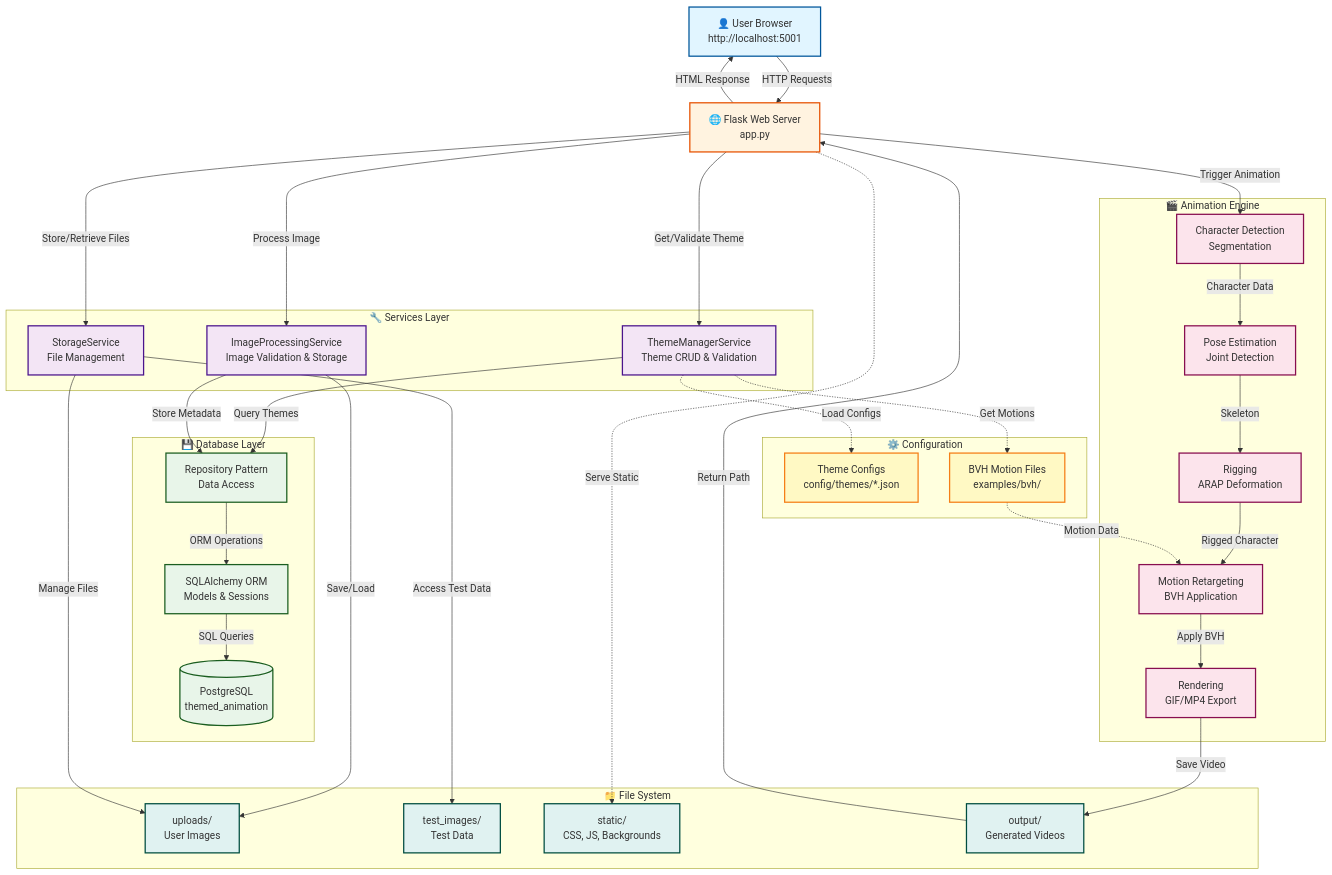
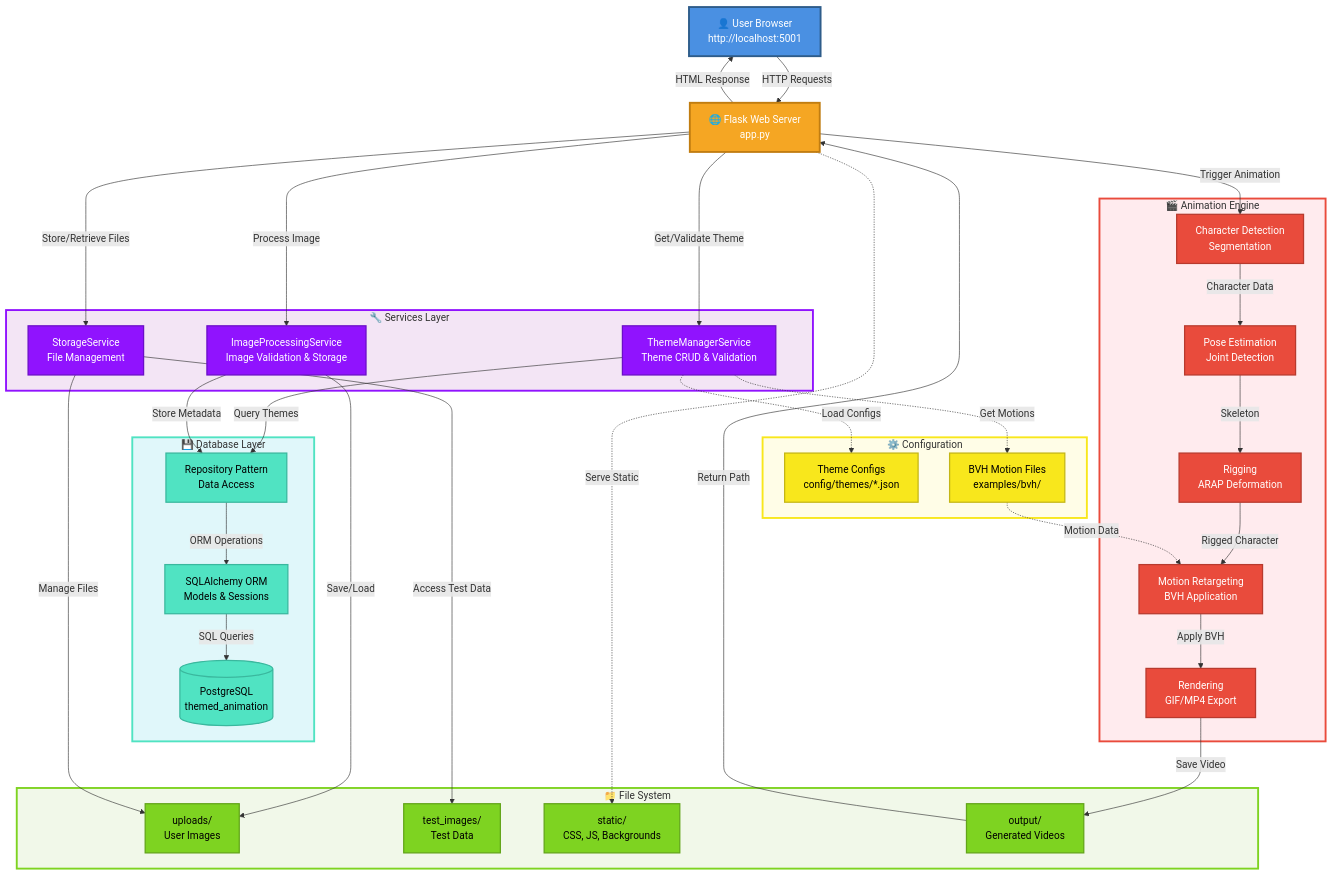
The first of 6 diagrams in ARCHITECTURE.md (nexageapps/AnimatedDrawings), drawn with Mermaid before and after one commit. The commit also changed other lines of this file, not shown here.

````diff
--- a/ARCHITECTURE.md
+++ b/ARCHITECTURE.md
@@ -84,15 +84,23 @@
     %% Motion files to Animation
     BVHFiles -.->|Motion Data| Motion
     
-    %% Styling
-    classDef userStyle fill:#e1f5ff,stroke:#01579b,stroke-width:2px
-    classDef apiStyle fill:#fff3e0,stroke:#e65100,stroke-width:2px
-    classDef serviceStyle fill:#f3e5f5,stroke:#4a148c,stroke-width:2px
-    classDef dbStyle fill:#e8f5e9,stroke:#1b5e20,stroke-width:2px
-    classDef configStyle fill:#fff9c4,stroke:#f57f17,stroke-width:2px
-    classDef engineStyle fill:#fce4ec,stroke:#880e4f,stroke-width:2px
-    classDef fsStyle fill:#e0f2f1,stroke:#004d40,stroke-width:2px
+    %% Styling - Individual Components
+    classDef userStyle fill:#4A90E2,stroke:#2E5C8A,stroke-width:3px,color:#fff
+    classDef apiStyle fill:#F5A623,stroke:#C17D11,stroke-width:3px,color:#fff
+    classDef serviceStyle fill:#9013FE,stroke:#6B0FC7,stroke-width:2px,color:#fff
+    classDef dbStyle fill:#50E3C2,stroke:#3AB89E,stroke-width:2px,color:#000
+    classDef configStyle fill:#F8E71C,stroke:#C4B616,stroke-width:2px,color:#000
+    classDef engineStyle fill:#E94B3C,stroke:#B83A2E,stroke-width:2px,color:#fff
+    classDef fsStyle fill:#7ED321,stroke:#62A519,stroke-width:2px,color:#000
     
+    %% Styling - Subgraphs
+    classDef servicesGroup fill:#F3E5F5,stroke:#9013FE,stroke-width:3px
+    classDef databaseGroup fill:#E0F7FA,stroke:#50E3C2,stroke-width:3px
+    classDef configGroup fill:#FFFDE7,stroke:#F8E71C,stroke-width:3px
+    classDef animEngineGroup fill:#FFEBEE,stroke:#E94B3C,stroke-width:3px
+    classDef fileSystemGroup fill:#F1F8E9,stroke:#7ED321,stroke-width:3px
+    
+    %% Apply styles to components
     class User userStyle
     class Flask apiStyle
     class ThemeService,ImageService,StorageService serviceStyle
@@ -100,4 +108,11 @@
     class ThemeConfig,BVHFiles configStyle
     class Detection,Pose,Rigging,Motion,Render engineStyle
     class Uploads,TestImages,Static,Output fsStyle
+    
+    %% Apply styles to subgraphs
+    class Services servicesGroup
+    class Database databaseGroup
+    class Config configGroup
+    class AnimEngine animEngineGroup
+    class FileSystem fileSystemGroup
 ```
````
